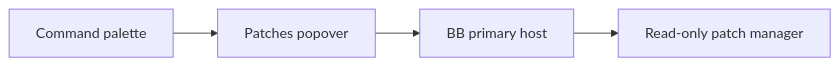
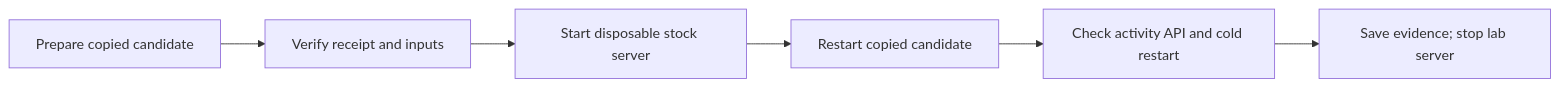
The diagram in src/bb-plugins/patch-health/README.md (connorads/dotfiles), drawn with Mermaid before and after one commit. The commit also changed other lines of this file and 13 other files, not shown here.

First line of the commit message:
Connect Patches to a persistent disposable repair rehearsal

````diff
--- a/src/bb-plugins/patch-health/README.md
+++ b/src/bb-plugins/patch-health/README.md
@@ -7,6 +13,8 @@
 ```mermaid
 flowchart LR
-  Palette[Command palette] --> Popover[Patches popover]
-  Popover --> Host[BB primary host]
-  Host --> Inspector[Read-only patch manager]
+  Prepare[Prepare copied candidate] --> Verify[Verify receipt and inputs]
+  Verify --> Stock[Start disposable stock server]
+  Stock --> Candidate[Restart copied candidate]
+  Candidate --> Checks[Check activity API and cold restart]
+  Checks --> Evidence[Save evidence; stop lab server]
 ```
````
